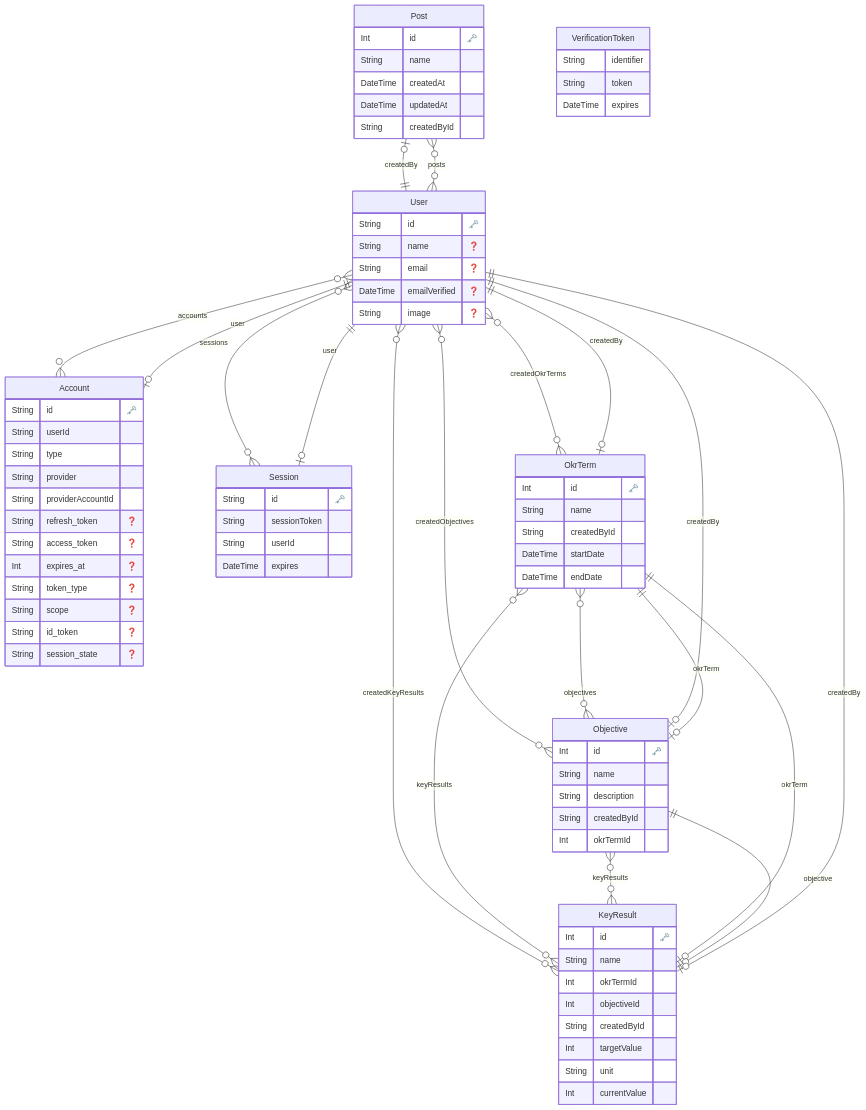
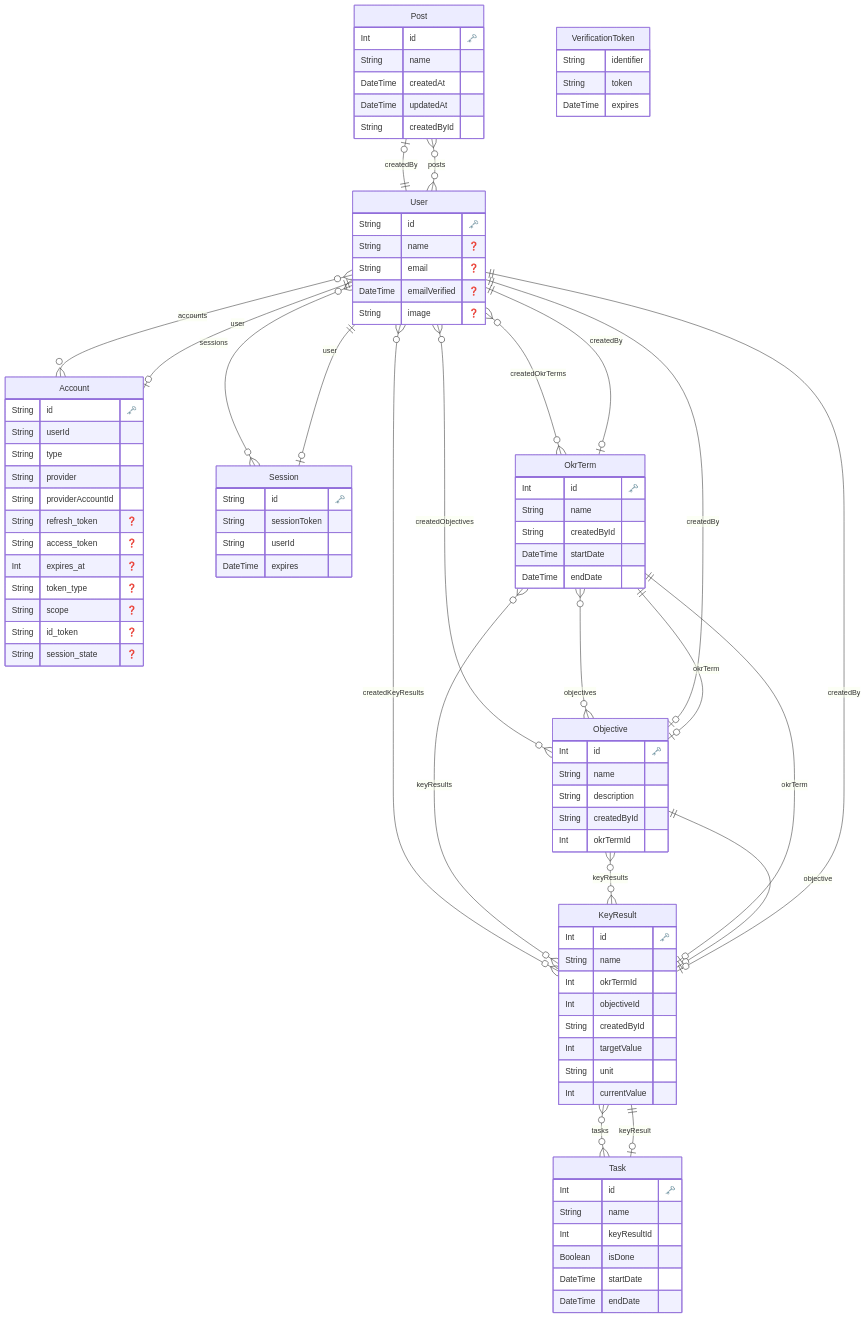
Before and after one commit to hiro-minami/moonshot: the diagram in prisma/ERD.md, drawn with Mermaid. The commit also changed 3 other files, not shown here.

First line of the commit message:
feat: Add Task model to schema.prisma (#40)

````diff
--- a/prisma/ERD.md
+++ b/prisma/ERD.md
@@ -79,6 +79,16 @@
     Int currentValue 
     }
   
+
+  "Task" {
+    Int id "🗝️"
+    String name 
+    Int keyResultId 
+    Boolean isDone 
+    DateTime startDate 
+    DateTime endDate 
+    }
+  
     "Post" o|--|| "User" : "createdBy"
     "Account" o|--|| "User" : "user"
     "Session" o|--|| "User" : "user"
@@ -97,4 +107,6 @@
     "KeyResult" o|--|| "OkrTerm" : "okrTerm"
     "KeyResult" o|--|| "Objective" : "objective"
     "KeyResult" o|--|| "User" : "createdBy"
+    "KeyResult" o{--}o "Task" : "tasks"
+    "Task" o|--|| "KeyResult" : "keyResult"
 ```
````
